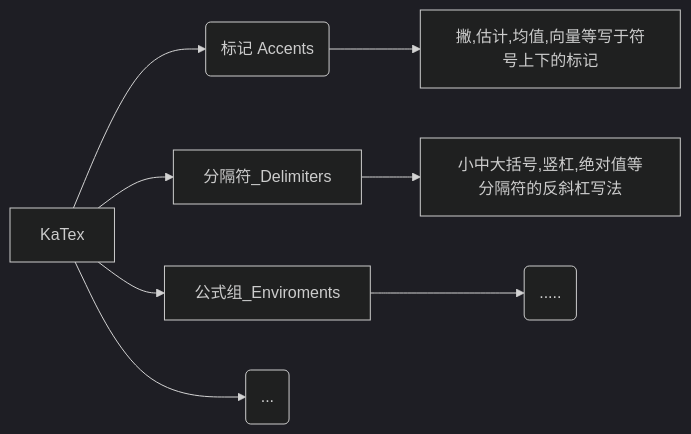
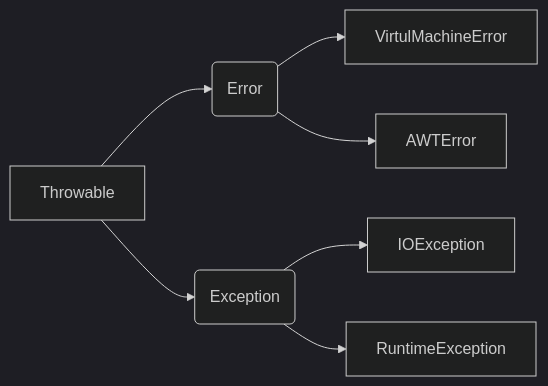
The diagram in _posts/2023-02-12-Java中级.md (Wh0ami-hy/Wh0ami-hy.github.io), drawn with Mermaid (dark theme) before and after one commit. The commit also changed other lines of this file and 2 other files, not shown here.

````diff
--- a/_posts/2023-02-12-Java中级.md
+++ b/_posts/2023-02-12-Java中级.md
@@ -24,10 +26,10 @@
 ```mermaid
 graph LR
-KaTex--> A(标记 Accents)
-A-->撇,估计,均值,向量等写于符号上下的标记
-KaTex--> 分隔符_Delimiters
-分隔符_Delimiters-->小中大括号,竖杠,绝对值等分隔符的反斜杠写法
-KaTex--> 公式组_Enviroments
-公式组_Enviroments-->B(.....)
-KaTex-->C(...)
+Throwable--> A(Error)
+A-->VirtulMachineError
+A-->AWTError
+Throwable--> B(Exception)
+B-->IOException
+B-->RuntimeException
+
 ```
````
